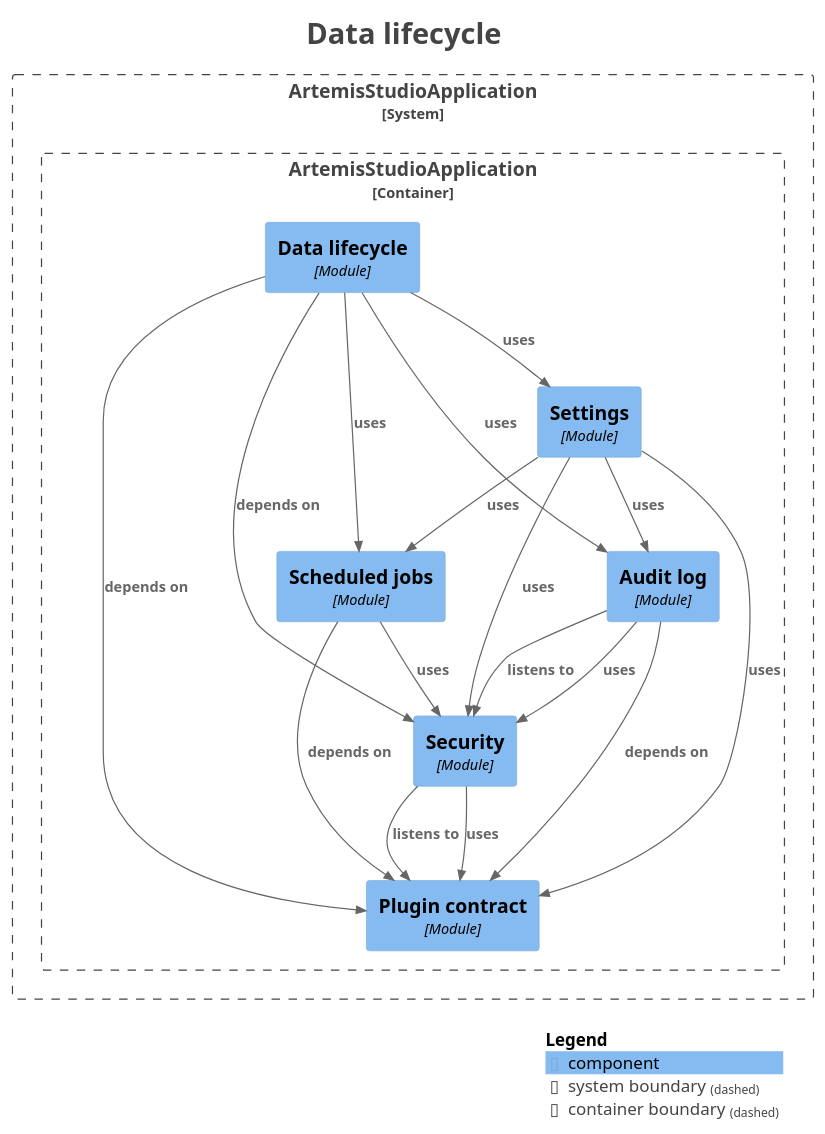
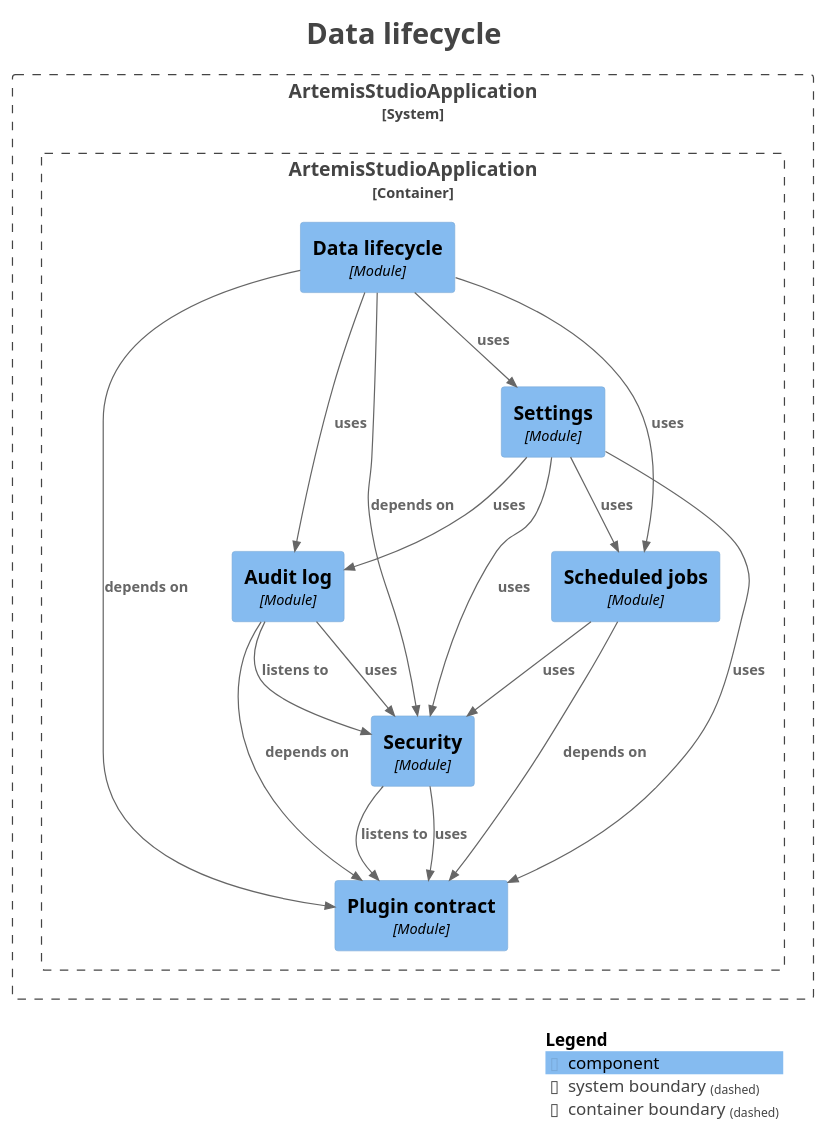
Before and after one commit to sudoitir/artemis-studio: the diagram in docs/modules/module-kernel.lifecycle.puml, drawn with PlantUML. The commit also changed other lines of this file and 33 other files, not shown here.

First line of the commit message:
test(architecture): sort module diagram components so diagrams change only with the graph

```diff
--- a/docs/modules/module-kernel.lifecycle.puml
+++ b/docs/modules/module-kernel.lifecycle.puml
@@ -1,49 +1,49 @@
 @startuml
 title <size:24>Data lifecycle</size>
 
 set separator none
 top to bottom direction
 
 <style>
   root {
     BackgroundColor: #ffffff
     FontColor: #444444
   }
 </style>
 
 !include <C4/C4>
 !include <C4/C4_Context>
 !include <C4/C4_Component>
 
 System_Boundary("ArtemisStudioApplication_boundary", "ArtemisStudioApplication", $tags="") {
   Container_Boundary("ArtemisStudioApplication.ArtemisStudioApplication_boundary", "ArtemisStudioApplication", $tags="") {
-    Component(ArtemisStudioApplication.ArtemisStudioApplication.Settings, "Settings", $techn="Module", $descr="", $tags="", $link="")
+    Component(ArtemisStudioApplication.ArtemisStudioApplication.Auditlog, "Audit log", $techn="Module", $descr="", $tags="", $link="")
     Component(ArtemisStudioApplication.ArtemisStudioApplication.Datalifecycle, "Data lifecycle", $techn="Module", $descr="", $tags="", $link="")
     Component(ArtemisStudioApplication.ArtemisStudioApplication.Plugincontract, "Plugin contract", $techn="Module", $descr="", $tags="", $link="")
+    Component(ArtemisStudioApplication.ArtemisStudioApplication.Scheduledjobs, "Scheduled jobs", $techn="Module", $descr="", $tags="", $link="")
     Component(ArtemisStudioApplication.ArtemisStudioApplication.Security, "Security", $techn="Module", $descr="", $tags="", $link="")
-    Component(ArtemisStudioApplication.ArtemisStudioApplication.Auditlog, "Audit log", $techn="Module", $descr="", $tags="", $link="")
-    Component(ArtemisStudioApplication.ArtemisStudioApplication.Scheduledjobs, "Scheduled jobs", $techn="Module", $descr="", $tags="", $link="")
+    Component(ArtemisStudioApplication.ArtemisStudioApplication.Settings, "Settings", $techn="Module", $descr="", $tags="", $link="")
   }
 
 }
 
 Rel(ArtemisStudioApplication.ArtemisStudioApplication.Auditlog, ArtemisStudioApplication.ArtemisStudioApplication.Plugincontract, "depends on", $techn="", $tags="", $link="")
 Rel(ArtemisStudioApplication.ArtemisStudioApplication.Auditlog, ArtemisStudioApplication.ArtemisStudioApplication.Security, "listens to", $techn="", $tags="", $link="")
 Rel(ArtemisStudioApplication.ArtemisStudioApplication.Auditlog, ArtemisStudioApplication.ArtemisStudioApplication.Security, "uses", $techn="", $tags="", $link="")
 Rel(ArtemisStudioApplication.ArtemisStudioApplication.Datalifecycle, ArtemisStudioApplication.ArtemisStudioApplication.Auditlog, "uses", $techn="", $tags="", $link="")
 Rel(ArtemisStudioApplication.ArtemisStudioApplication.Datalifecycle, ArtemisStudioApplication.ArtemisStudioApplication.Plugincontract, "depends on", $techn="", $tags="", $link="")
 Rel(ArtemisStudioApplication.ArtemisStudioApplication.Datalifecycle, ArtemisStudioApplication.ArtemisStudioApplication.Scheduledjobs, "uses", $techn="", $tags="", $link="")
 Rel(ArtemisStudioApplication.ArtemisStudioApplication.Datalifecycle, ArtemisStudioApplication.ArtemisStudioApplication.Security, "depends on", $techn="", $tags="", $link="")
 Rel(ArtemisStudioApplication.ArtemisStudioApplication.Datalifecycle, ArtemisStudioApplication.ArtemisStudioApplication.Settings, "uses", $techn="", $tags="", $link="")
 Rel(ArtemisStudioApplication.ArtemisStudioApplication.Scheduledjobs, ArtemisStudioApplication.ArtemisStudioApplication.Plugincontract, "depends on", $techn="", $tags="", $link="")
 Rel(ArtemisStudioApplication.ArtemisStudioApplication.Scheduledjobs, ArtemisStudioApplication.ArtemisStudioApplication.Security, "uses", $techn="", $tags="", $link="")
 Rel(ArtemisStudioApplication.ArtemisStudioApplication.Security, ArtemisStudioApplication.ArtemisStudioApplication.Plugincontract, "listens to", $techn="", $tags="", $link="")
 Rel(ArtemisStudioApplication.ArtemisStudioApplication.Security, ArtemisStudioApplication.ArtemisStudioApplication.Plugincontract, "uses", $techn="", $tags="", $link="")
 Rel(ArtemisStudioApplication.ArtemisStudioApplication.Settings, ArtemisStudioApplication.ArtemisStudioApplication.Auditlog, "uses", $techn="", $tags="", $link="")
 Rel(ArtemisStudioApplication.ArtemisStudioApplication.Settings, ArtemisStudioApplication.ArtemisStudioApplication.Plugincontract, "uses", $techn="", $tags="", $link="")
 Rel(ArtemisStudioApplication.ArtemisStudioApplication.Settings, ArtemisStudioApplication.ArtemisStudioApplication.Scheduledjobs, "uses", $techn="", $tags="", $link="")
 Rel(ArtemisStudioApplication.ArtemisStudioApplication.Settings, ArtemisStudioApplication.ArtemisStudioApplication.Security, "uses", $techn="", $tags="", $link="")
 
 SHOW_LEGEND(true)
 hide stereotypes
 @enduml
```
